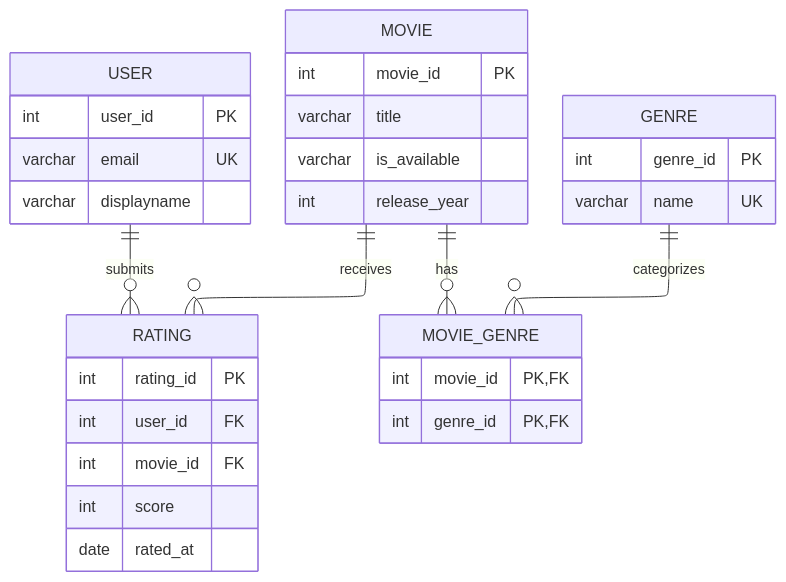
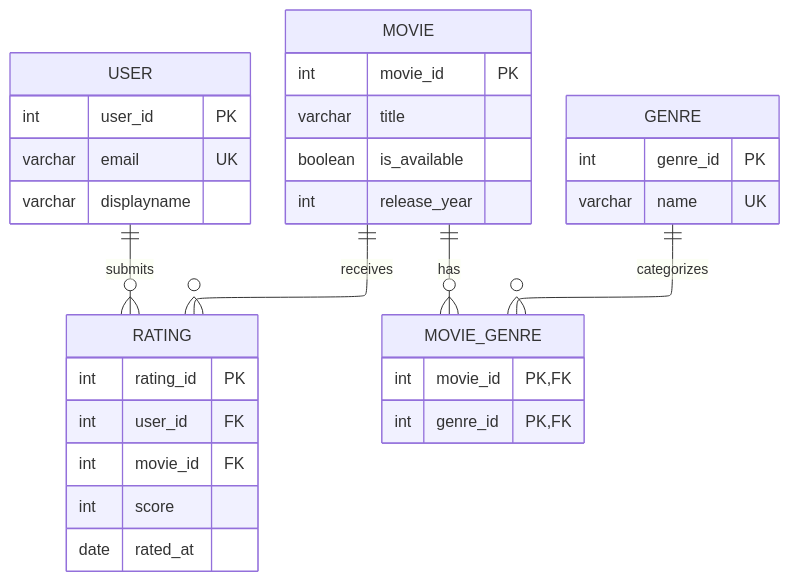
The diagram in schema/erd.mmd (jijivjacob1/ex603-movie-tv-rating-database), drawn with Mermaid before and after one commit. The commit also changed 13 other files, not shown here.

Commit message:
commiting diagram to database changes

```diff
--- a/schema/erd.mmd
+++ b/schema/erd.mmd
@@ -1,40 +1,40 @@
 ---
 config:
   layout: elk
 ---
 erDiagram
     USER ||--o{ RATING : submits
     MOVIE ||--o{ RATING : receives
     MOVIE ||--o{ MOVIE_GENRE : has
     GENRE ||--o{ MOVIE_GENRE : categorizes
 
     USER {
         int user_id PK
         varchar email UK
         varchar displayname 
     }
 
     MOVIE {
         int movie_id PK
         varchar title
-        varchar is_available
+        boolean is_available
         int release_year
     }
 
     RATING {
         int rating_id PK
         int user_id FK
         int movie_id FK
         int score
         date rated_at
     }
 
     GENRE {
         int genre_id PK
         varchar name UK
     }
 
     MOVIE_GENRE {
         int movie_id PK, FK
         int genre_id PK, FK
     }
```
